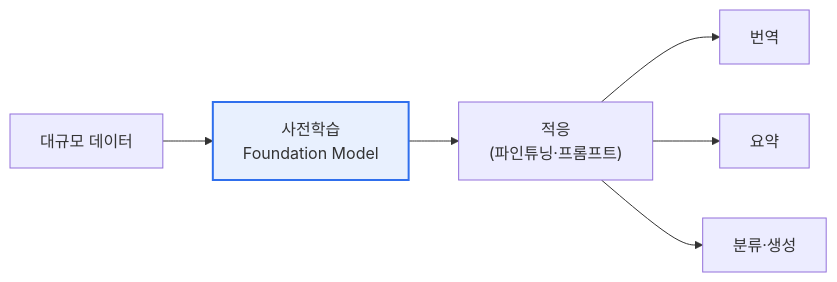
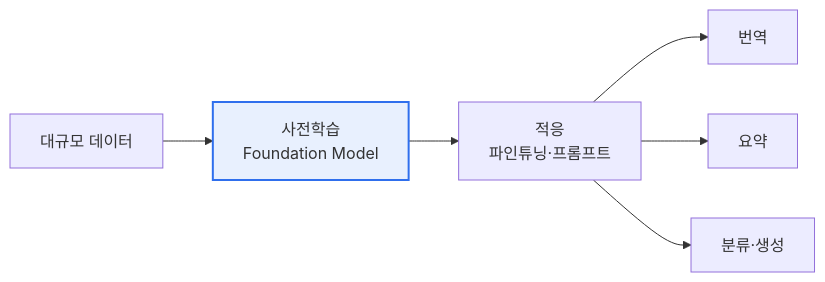
One commit to coninggu/wjdqhrhksflrltnftk changed the diagram in content/foundation-model.md. Above: the diagram before and after it, drawn with Mermaid. The commit also changed other lines of this file and 4 other files, not shown here.

````diff
--- a/content/foundation-model.md
+++ b/content/foundation-model.md
@@ -12,8 +15,8 @@
 ```mermaid
 flowchart LR
-  D[대규모 데이터] --> P[사전학습<br/>Foundation Model] --> A["적응<br/>(파인튜닝·프롬프트)"]
+  D[대규모 데이터] --> P["사전학습<br/>Foundation Model"] --> A["적응<br/>파인튜닝·프롬프트"]
   A --> T1[번역]
   A --> T2[요약]
   A --> T3[분류·생성]
   style P fill:#e8f0fe,stroke:#2f6fed,stroke-width:2px
 ```
````
